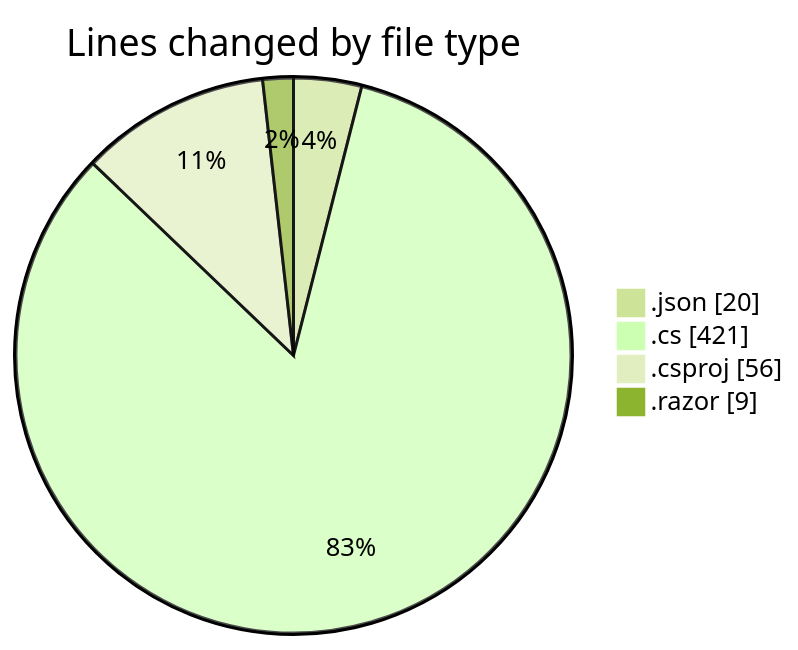
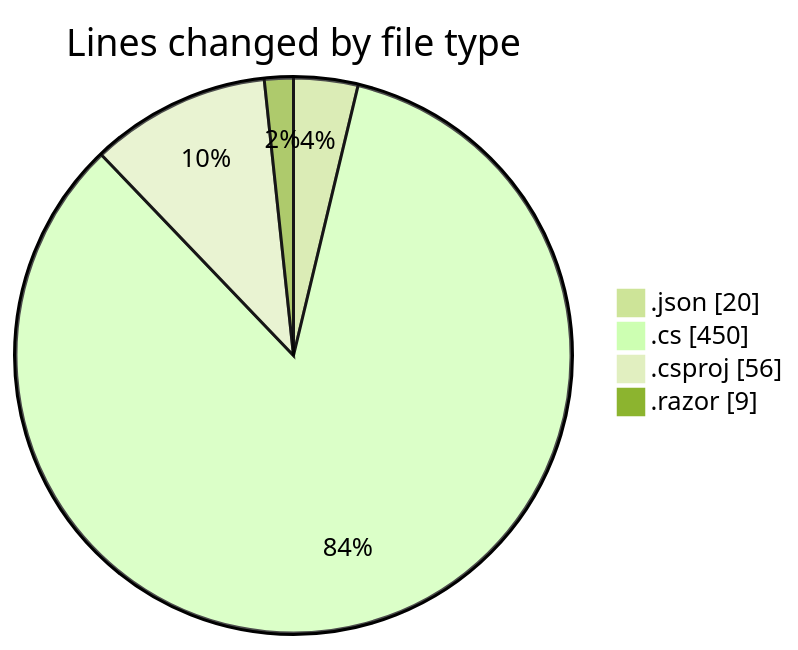
Before and after one commit to Netris89/code-tracking: the first of 2 diagrams in 2025-04-05/schoolmanagement/README.md, drawn with Mermaid (forest theme). The commit also changed other lines of this file and 1 other file, not shown here.

````diff
--- a/2025-04-05/schoolmanagement/README.md
+++ b/2025-04-05/schoolmanagement/README.md
@@ -34,8 +34,8 @@
 ```mermaid
 pie showData
 title Lines changed by file type
 ".json" : 20
-".cs" : 421
+".cs" : 450
 ".csproj" : 56
 ".razor" : 9
 ```
````
